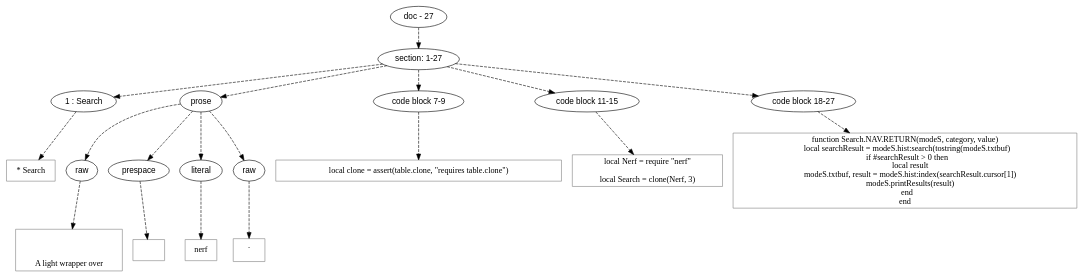
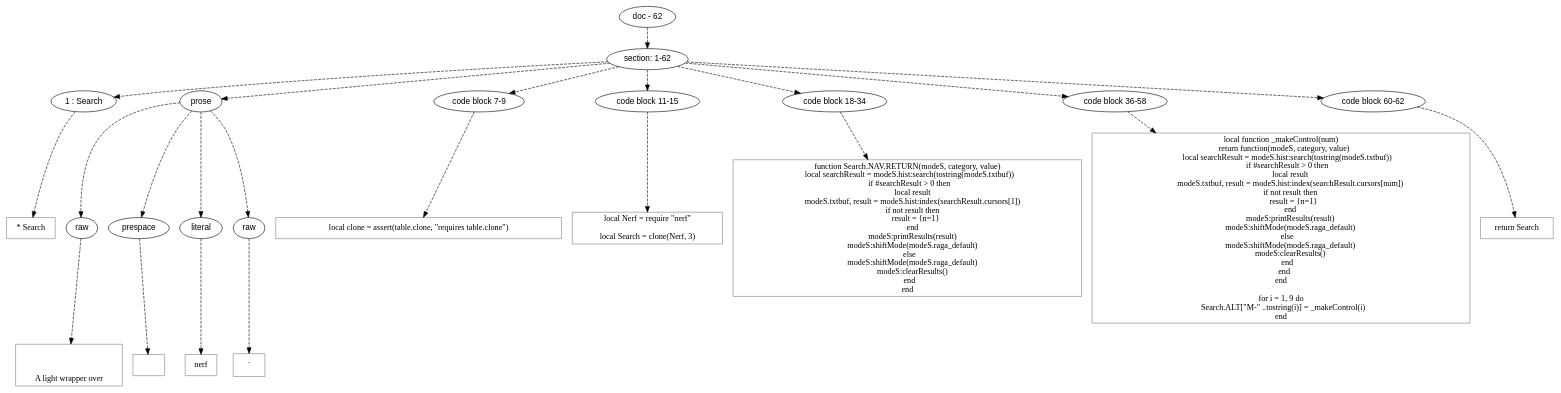
One commit to orb-lang/helm changed the diagram in doc/dot/search.dot. Above: the diagram before and after it, drawn with Graphviz. The commit also changed 19 other files, not shown here.

```diff
--- a/doc/dot/search.dot
+++ b/doc/dot/search.dot
@@ -1,94 +1,133 @@
 digraph lpegNode {
 
 node [fontname=Helvetica]
 edge [style=dashed]
 
-doc_0 [label="doc - 27"]
+doc_0 [label="doc - 62"]
 
 
 doc_0 -> { section_1}
 {rank=same; section_1}
 
-section_1 [label="section: 1-27"]
+section_1 [label="section: 1-62"]
 
 
 // END RANK doc_0
 
-section_1 -> { header_2 prose_3 codeblock_4 codeblock_5 codeblock_6}
-{rank=same; header_2 prose_3 codeblock_4 codeblock_5 codeblock_6}
+section_1 -> { header_2 prose_3 codeblock_4 codeblock_5 codeblock_6 codeblock_7 codeblock_8}
+{rank=same; header_2 prose_3 codeblock_4 codeblock_5 codeblock_6 codeblock_7 codeblock_8}
 
 header_2 [label="1 : Search"]
 
 prose_3 [label="prose"]
 
 codeblock_4 [label="code block 7-9"]
 
 codeblock_5 [label="code block 11-15"]
 
-codeblock_6 [label="code block 18-27"]
+codeblock_6 [label="code block 18-34"]
+
+codeblock_7 [label="code block 36-58"]
+
+codeblock_8 [label="code block 60-62"]
 
 
 // END RANK section_1
 
-header_2 -> leaf_7
-leaf_7  [color=Gray,shape=rectangle,fontname=Inconsolata,label="* Search"]
+header_2 -> leaf_9
+leaf_9  [color=Gray,shape=rectangle,fontname=Inconsolata,label="* Search"]
 // END RANK header_2
 
-prose_3 -> { raw_8 prespace_9 literal_10 raw_11}
-{rank=same; raw_8 prespace_9 literal_10 raw_11}
+prose_3 -> { raw_10 prespace_11 literal_12 raw_13}
+{rank=same; raw_10 prespace_11 literal_12 raw_13}
 
-raw_8 [label="raw"]
+raw_10 [label="raw"]
 
-prespace_9 [label="prespace"]
+prespace_11 [label="prespace"]
 
-literal_10 [label="literal"]
+literal_12 [label="literal"]
 
-raw_11 [label="raw"]
+raw_13 [label="raw"]
 
 
 // END RANK prose_3
 
-raw_8 -> leaf_12
-leaf_12  [color=Gray,shape=rectangle,fontname=Inconsolata,label="
+raw_10 -> leaf_14
+leaf_14  [color=Gray,shape=rectangle,fontname=Inconsolata,label="
 
 
 A light wrapper over"]
-// END RANK raw_8
+// END RANK raw_10
 
-prespace_9 -> leaf_13
-leaf_13  [color=Gray,shape=rectangle,fontname=Inconsolata,label=" "]
-// END RANK prespace_9
+prespace_11 -> leaf_15
+leaf_15  [color=Gray,shape=rectangle,fontname=Inconsolata,label=" "]
+// END RANK prespace_11
 
-literal_10 -> leaf_14
-leaf_14  [color=Gray,shape=rectangle,fontname=Inconsolata,label="nerf"]
-// END RANK literal_10
+literal_12 -> leaf_16
+leaf_16  [color=Gray,shape=rectangle,fontname=Inconsolata,label="nerf"]
+// END RANK literal_12
 
-raw_11 -> leaf_15
-leaf_15  [color=Gray,shape=rectangle,fontname=Inconsolata,label=".
+raw_13 -> leaf_17
+leaf_17  [color=Gray,shape=rectangle,fontname=Inconsolata,label=".
 
 "]
-// END RANK raw_11
+// END RANK raw_13
 
-codeblock_4 -> leaf_16
-leaf_16  [color=Gray,shape=rectangle,fontname=Inconsolata,label="local clone = assert(table.clone, \"requires table.clone\")"]
+codeblock_4 -> leaf_18
+leaf_18  [color=Gray,shape=rectangle,fontname=Inconsolata,label="local clone = assert(table.clone, \"requires table.clone\")"]
 // END RANK codeblock_4
 
-codeblock_5 -> leaf_17
-leaf_17  [color=Gray,shape=rectangle,fontname=Inconsolata,label="local Nerf = require \"nerf\"
+codeblock_5 -> leaf_19
+leaf_19  [color=Gray,shape=rectangle,fontname=Inconsolata,label="local Nerf = require \"nerf\"
 
 local Search = clone(Nerf, 3)"]
 // END RANK codeblock_5
 
-codeblock_6 -> leaf_18
-leaf_18  [color=Gray,shape=rectangle,fontname=Inconsolata,label="function Search.NAV.RETURN(modeS, category, value)
-   local searchResult = modeS.hist:search(tostring(modeS.txtbuf)
+codeblock_6 -> leaf_20
+leaf_20  [color=Gray,shape=rectangle,fontname=Inconsolata,label="function Search.NAV.RETURN(modeS, category, value)
+   local searchResult = modeS.hist:search(tostring(modeS.txtbuf))
    if #searchResult > 0 then
       local result
-      modeS.txtbuf, result = modeS.hist:index(searchResult.cursor[1])
-      modeS.printResults(result)
+      modeS.txtbuf, result = modeS.hist:index(searchResult.cursors[1])
+      if not result then
+         result = {n=1}
+      end
+      modeS:printResults(result)
+      modeS:shiftMode(modeS.raga_default)
+   else
+      modeS:shiftMode(modeS.raga_default)
+      modeS:clearResults()
    end
 end"]
 // END RANK codeblock_6
 
+codeblock_7 -> leaf_21
+leaf_21  [color=Gray,shape=rectangle,fontname=Inconsolata,label="local function _makeControl(num)
+    return function(modeS, category, value)
+       local searchResult = modeS.hist:search(tostring(modeS.txtbuf))
+       if #searchResult > 0 then
+          local result
+          modeS.txtbuf, result = modeS.hist:index(searchResult.cursors[num])
+          if not result then
+             result = {n=1}
+          end
+          modeS:printResults(result)
+          modeS:shiftMode(modeS.raga_default)
+       else
+          modeS:shiftMode(modeS.raga_default)
+          modeS:clearResults()
+       end
+    end
+end
+
+for i = 1, 9 do
+   Search.ALT[\"M-\" ..tostring(i)] = _makeControl(i)
+end"]
+// END RANK codeblock_7
+
+codeblock_8 -> leaf_22
+leaf_22  [color=Gray,shape=rectangle,fontname=Inconsolata,label="return Search"]
+// END RANK codeblock_8
+
 
 }
```
